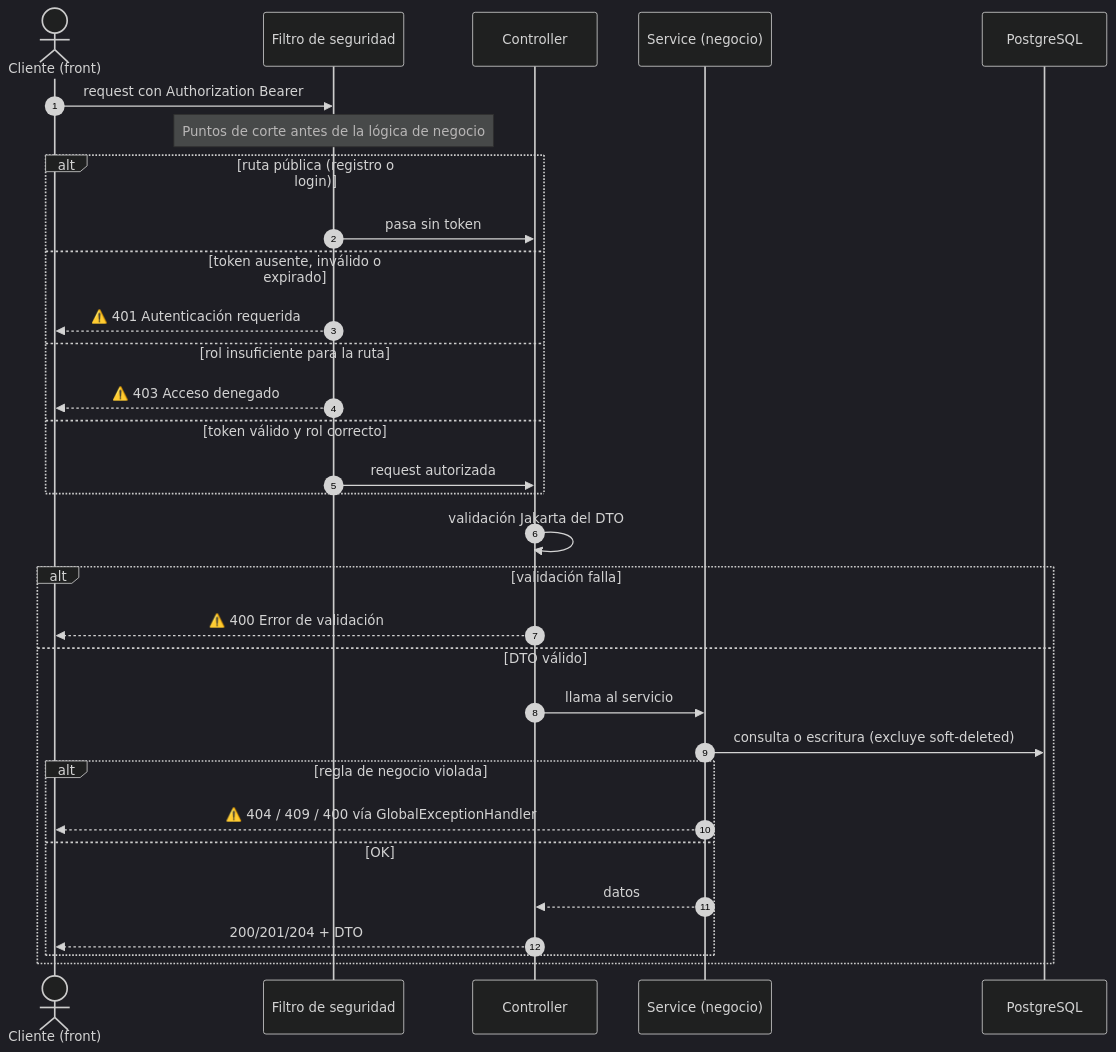
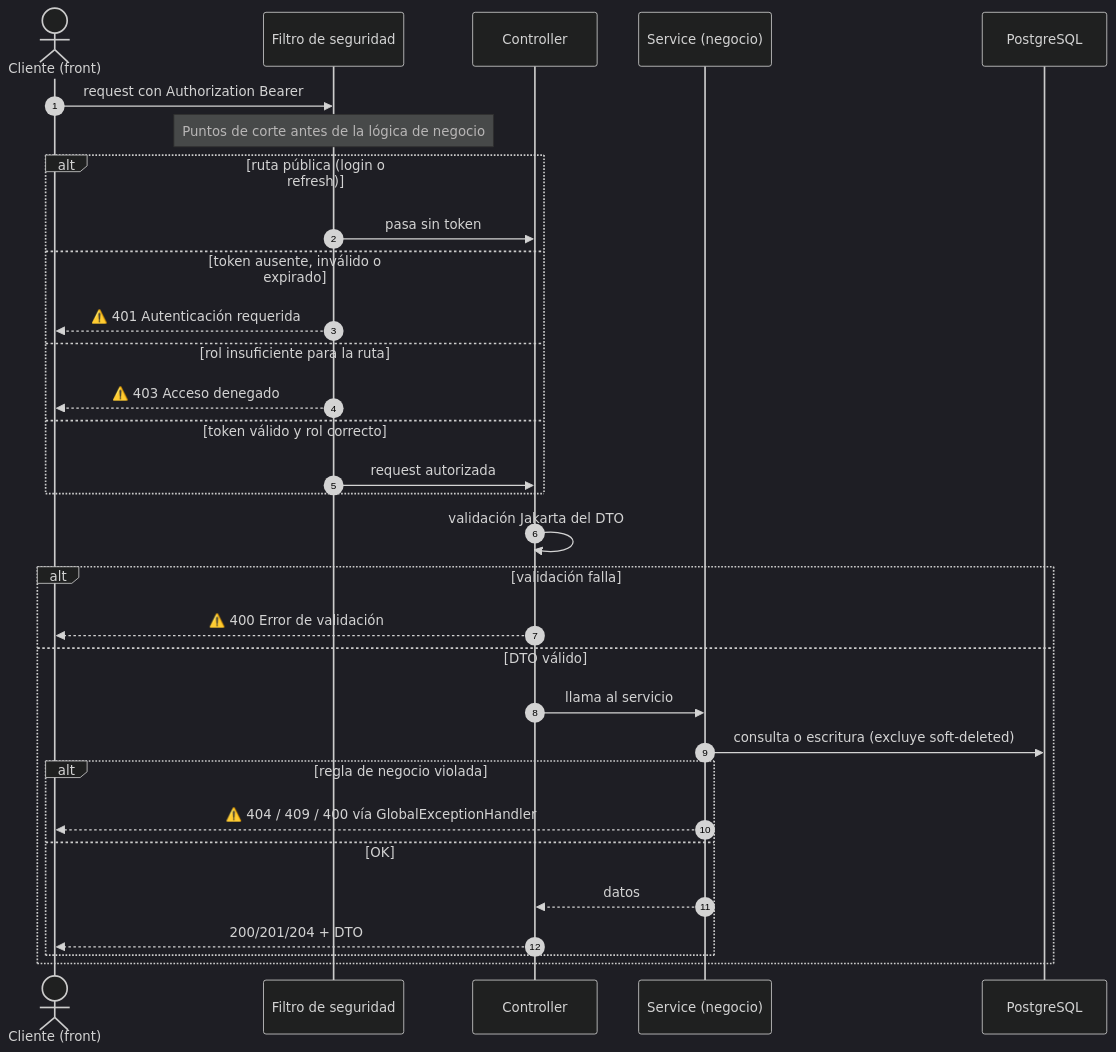
The first of 6 diagrams in docs/backend-contract/flujo-completo-athletecore.md (angelODev26/athletecore-web), drawn with Mermaid before and after one commit. The commit also changed 29 other files, not shown here.

````diff
--- a/docs/backend-contract/flujo-completo-athletecore.md
+++ b/docs/backend-contract/flujo-completo-athletecore.md
@@ -14,36 +14,36 @@
 ```mermaid
 %%{init: {'theme': 'dark'}}%%
 sequenceDiagram
     autonumber
     actor C as Cliente (front)
     participant SEC as Filtro de seguridad
     participant CTL as Controller
     participant SVC as Service (negocio)
     participant DB as PostgreSQL
 
     C->>SEC: request con Authorization Bearer
     Note over SEC: Puntos de corte antes de la lógica de negocio
-    alt ruta pública (registro o login)
+    alt ruta pública (login o refresh)
         SEC->>CTL: pasa sin token
     else token ausente, inválido o expirado
         SEC-->>C: ⚠️ 401 Autenticación requerida
     else rol insuficiente para la ruta
         SEC-->>C: ⚠️ 403 Acceso denegado
     else token válido y rol correcto
         SEC->>CTL: request autorizada
     end
 
     CTL->>CTL: validación Jakarta del DTO
     alt validación falla
         CTL-->>C: ⚠️ 400 Error de validación
     else DTO válido
         CTL->>SVC: llama al servicio
         SVC->>DB: consulta o escritura (excluye soft-deleted)
         alt regla de negocio violada
             SVC-->>C: ⚠️ 404 / 409 / 400 vía GlobalExceptionHandler
         else OK
             SVC-->>CTL: datos
             CTL-->>C: 200/201/204 + DTO
         end
     end
 ```
````
